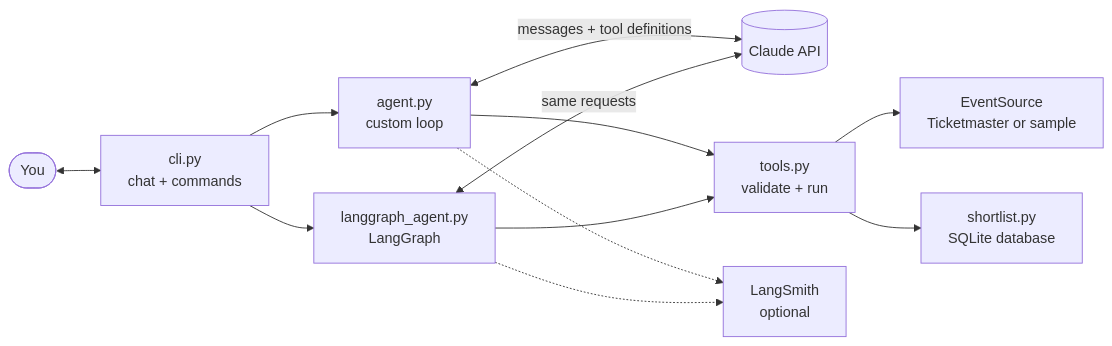
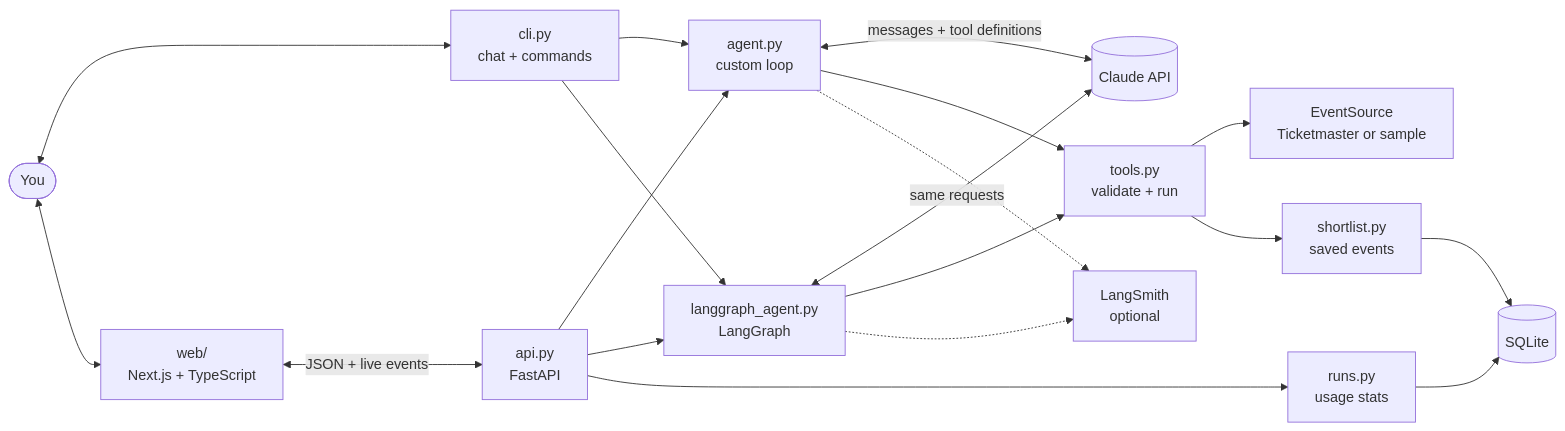
One commit to ervinjohn50/ai_event_scout changed the diagram in README.md. Above: the diagram before and after it, drawn with Mermaid. The commit also changed other lines of this file and 4 other files, not shown here.

First line of the commit message:
Document the web app and its live test results

````diff
--- a/README.md
+++ b/README.md
@@ -101,14 +110,21 @@
 ```mermaid
 flowchart LR
     U([You]) <--> CLI[cli.py<br/>chat + commands]
+    U <--> W[web/<br/>Next.js + TypeScript]
+    W <-->|JSON + live events| API[api.py<br/>FastAPI]
     CLI --> A[agent.py<br/>custom loop]
     CLI --> G[langgraph_agent.py<br/>LangGraph]
+    API --> A
+    API --> G
+    API --> R[runs.py<br/>usage stats]
+    R --> D[(SQLite)]
     A <-->|messages + tool definitions| C[(Claude API)]
     G <-->|same requests| C
     A --> T[tools.py<br/>validate + run]
     G --> T
     T --> S[EventSource<br/>Ticketmaster or sample]
-    T --> L[shortlist.py<br/>SQLite database]
+    T --> L[shortlist.py<br/>saved events]
+    L --> D
     A -.-> O[LangSmith<br/>optional]
     G -.-> O
 ```
````
